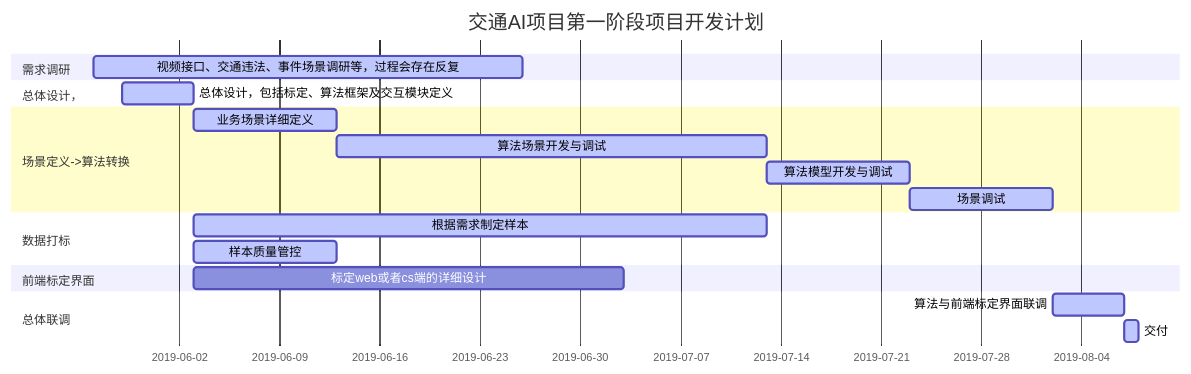
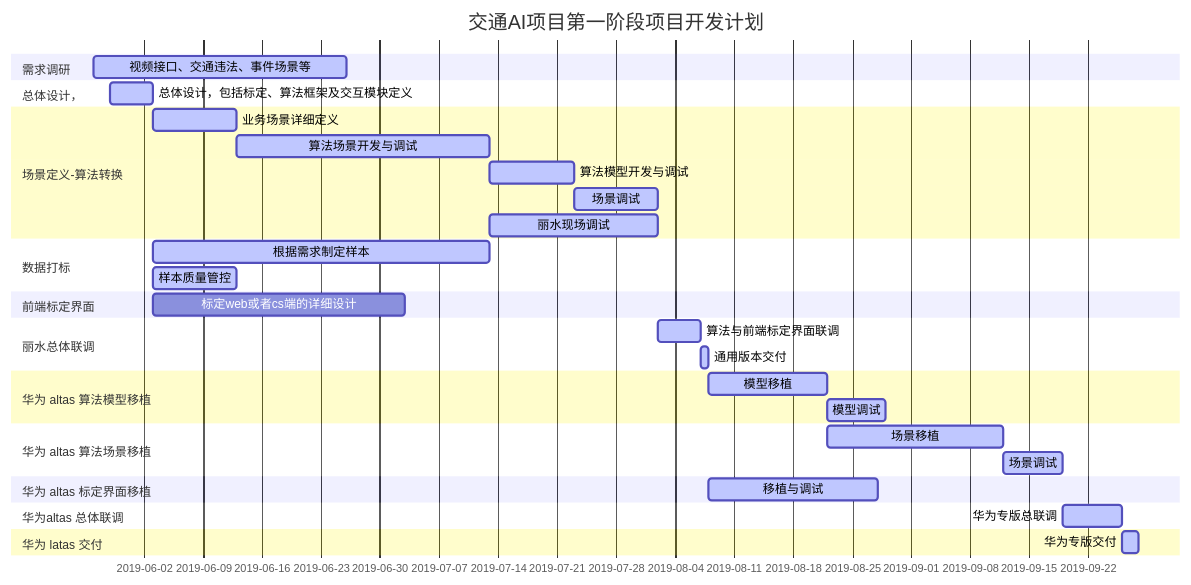
The diagram in markdown/交通AI工程进度图.md (fountain111/markdown), drawn with Mermaid before and after one commit. The commit also changed other lines of this file and 2 other files, not shown here.

````diff
--- a/markdown/交通AI工程进度图.md
+++ b/markdown/交通AI工程进度图.md
@@ -1,29 +1,53 @@
 ```mermaid
 gantt
 dateFormat  YYYY-MM-DD
 title 交通AI项目第一阶段项目开发计划
 
 section 需求调研       
-视频接口、交通违法、事件场景调研等，过程会存在反复:active,p1, 2019-05-27, 30d
+视频接口、交通违法、事件场景等:active,p1, 2019-05-27, 30d
 section 总体设计，
 总体设计，包括标定、算法框架及交互模块定义          :active,p2, 2019-05-29, 5d
 
-section 场景定义->算法转换
+section 场景定义-算法转换
 业务场景详细定义     : active,p3,after p2,10d
 算法场景开发与调试        : active,p4,after p3,30d
 算法模型开发与调试          : active,p5,after p4,10d
 场景调试 					 : active,p6,after p5,10d
+丽水现场调试 				:active ,p12, after p4,20d
 
 section 数据打标
 根据需求制定样本 :active,p7,after p2,40d
 样本质量管控 :active,p8,after p2,10d
 
 section 前端标定界面
 标定web或者cs端的详细设计            :       p9, after p2, 30d
 
-section 总体联调 
+section 丽水总体联调 
 算法与前端标定界面联调 :active,p10,after p6,5d
-交付 :active ,p11,after p10,1d
+通用版本交付 :active ,p11,after p10,1d
+
+section 华为 altas 算法模型移植
+
+模型移植 :active,p13,after p11,14d
+
+模型调试 :active ,p14,after p13,7d
+
+section 华为 altas 算法场景移植
+
+场景移植 :active,p15,after p13,21d
+
+场景调试 :active,p16,after p15,7d
+
+
+section 华为 altas 标定界面移植
+
+移植与调试 :active,p17,after p11,20d
+
+section 华为altas 总体联调
+华为专版总联调 :active,p18,after p16,7d
+
+section 华为 latas 交付
+华为专版交付 :active,p19, after p18,2d
 
 
 ```
````
